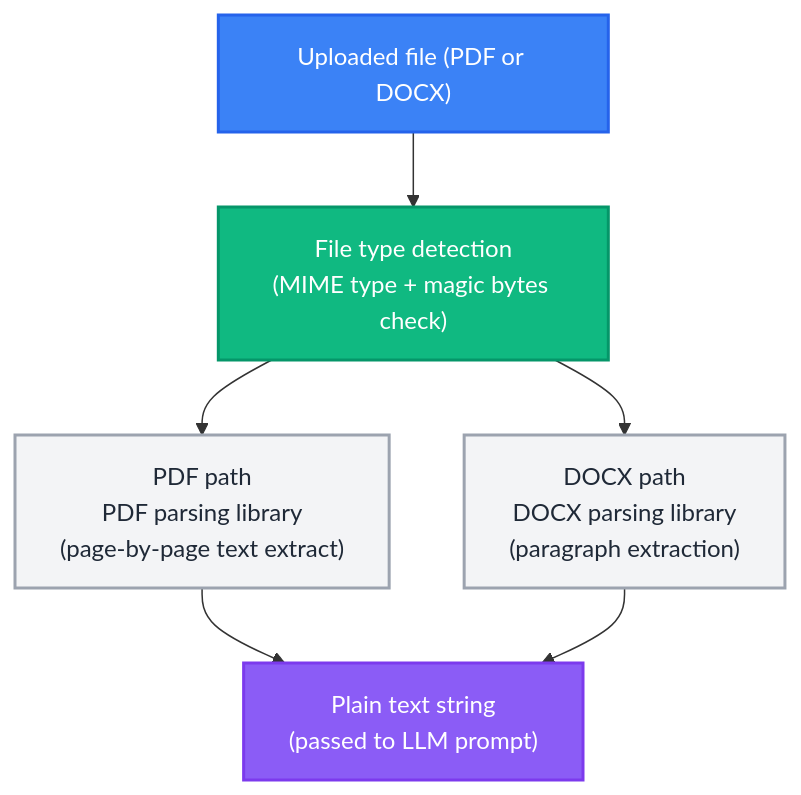
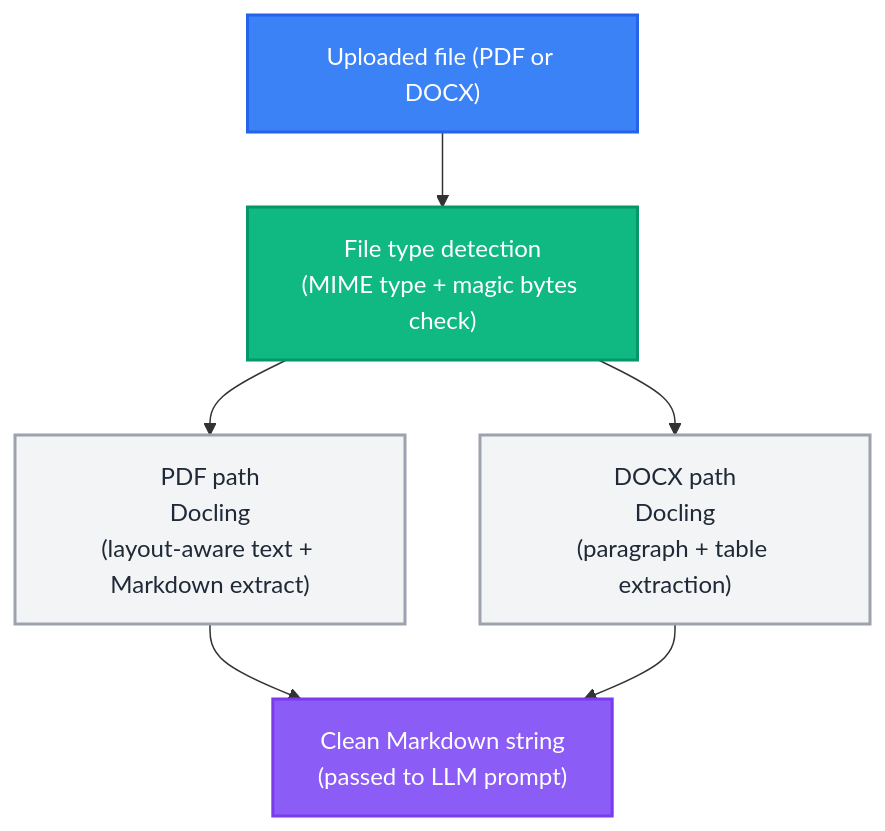
Before and after one commit to joshsoftware/EZScreen: the third of 3 diagrams in docs/architecture/AI_PROCESSING.md, drawn with Mermaid. The commit also changed other lines of this file and 2 other files, not shown here.

Commit message:
docs: add research PDF parsing libraries

````diff
--- a/docs/architecture/AI_PROCESSING.md
+++ b/docs/architecture/AI_PROCESSING.md
@@ -291,25 +308,23 @@
 ```mermaid
 flowchart TD
-    %% Define color classes
     classDef actor fill:#3b82f6,stroke:#2563eb,stroke-width:2px,color:white;
     classDef backend fill:#10b981,stroke:#059669,stroke-width:2px,color:white;
-    classDef queue fill:#f59e0b,stroke:#d97706,stroke-width:2px,color:white;
+    classDef process fill:#f3f4f6,stroke:#9ca3af,stroke-width:2px,color:#1f2937;
     classDef ai fill:#8b5cf6,stroke:#7c3aed,stroke-width:2px,color:white;
-    classDef process fill:#f3f4f6,stroke:#9ca3af,stroke-width:2px,color:#1f2937;
 
     Upload["Uploaded file (PDF or DOCX)"]:::actor
     Detect["File type detection<br>(MIME type + magic bytes check)"]:::backend
-    
+
     Upload --> Detect
 
-    PDF["PDF path<br>PDF parsing library<br>(page-by-page text extract)"]:::process
-    DOCX["DOCX path<br>DOCX parsing library<br>(paragraph extraction)"]:::process
+    PDF["PDF path<br>Docling<br>(layout-aware text + Markdown extract)"]:::process
+    DOCX["DOCX path<br>Docling<br>(paragraph + table extraction)"]:::process
 
     Detect --> PDF
     Detect --> DOCX
 
-    Output["Plain text string<br>(passed to LLM prompt)"]:::ai
-    
+    Output["Clean Markdown string<br>(passed to LLM prompt)"]:::ai
+
     PDF --> Output
     DOCX --> Output
 ```
````
